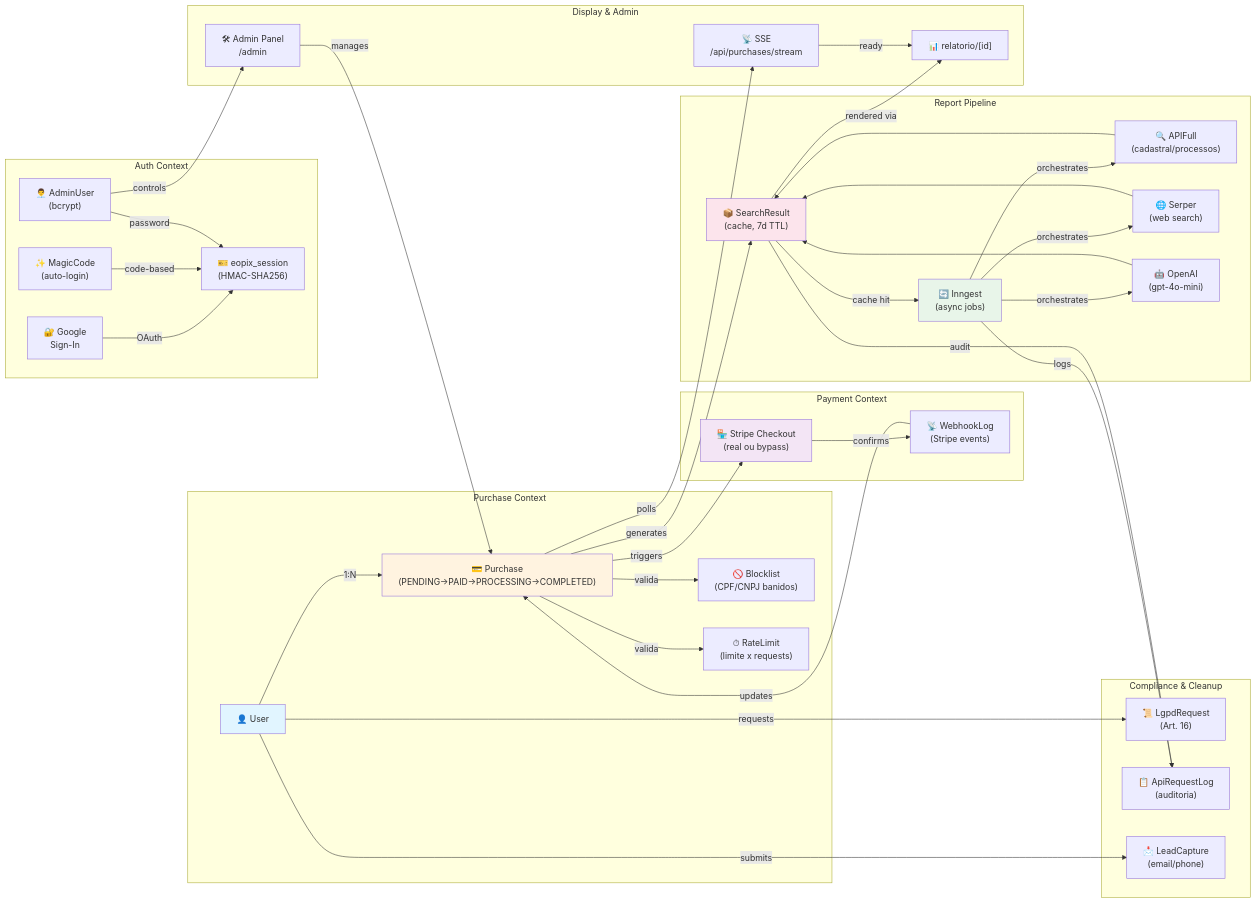
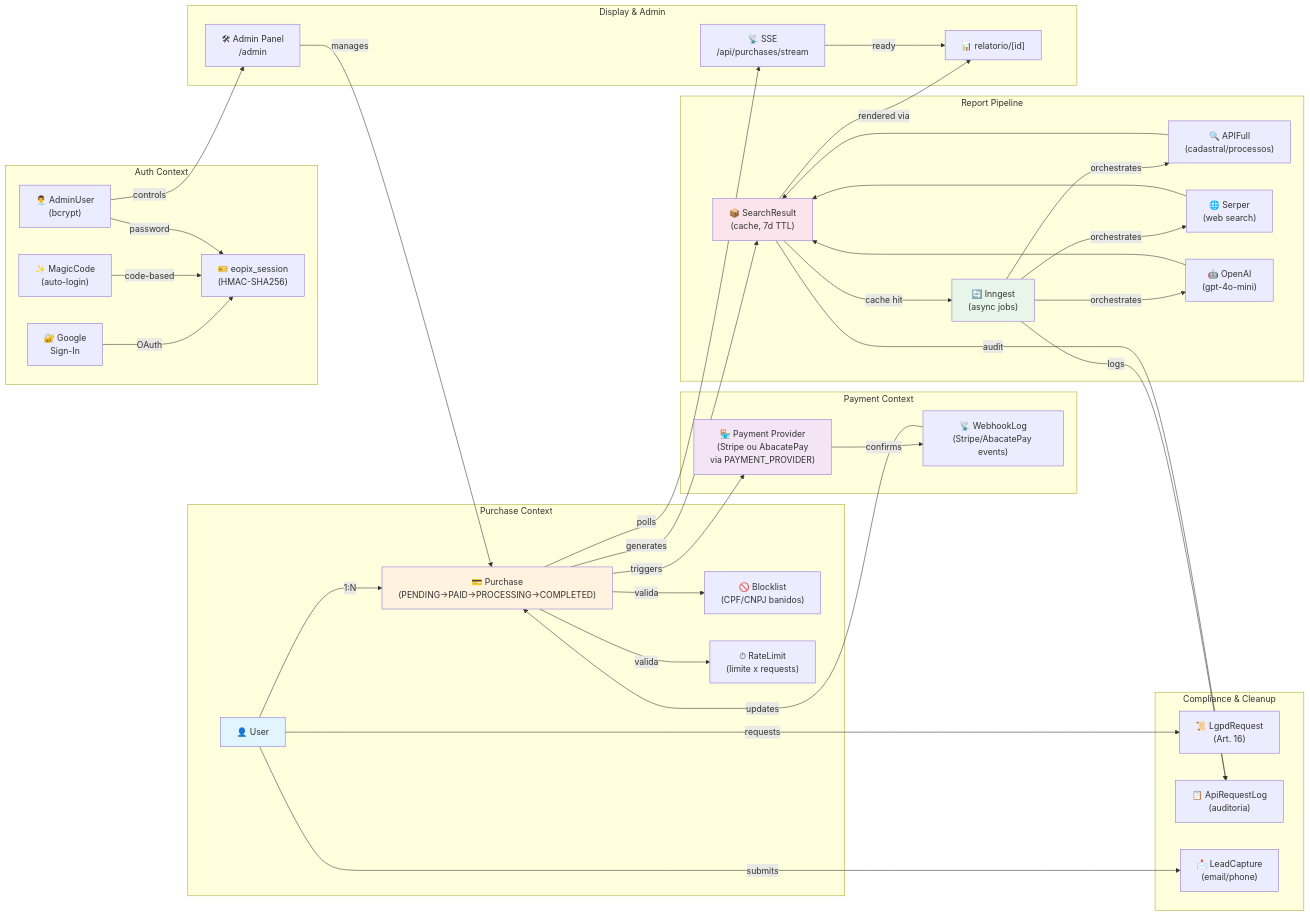
The second of 3 diagrams in docs/architecture.md (dvluana/eopix), drawn with Mermaid before and after one commit. The commit also changed other lines of this file and 15 other files, not shown here.

First line of the commit message:
feat: add AbacatePay dual-mode payment provider (Stripe + AbacatePay)

````diff
--- a/docs/architecture.md
+++ b/docs/architecture.md
@@ -111,74 +111,74 @@
 ```mermaid
 graph LR
     subgraph "Purchase Context"
         U["👤 User"]
         P["💳 Purchase<br/>(PENDING→PAID→PROCESSING→COMPLETED)"]
         BL["🚫 Blocklist<br/>(CPF/CNPJ banidos)"]
         RL["⏱ RateLimit<br/>(limite x requests)"]
         U -->|1:N| P
         P -->|valida| BL
         P -->|valida| RL
     end
 
     subgraph "Payment Context"
-        SP["🏪 Stripe Checkout<br/>(real ou bypass)"]
-        WH["📡 WebhookLog<br/>(Stripe events)"]
+        SP["🏪 Payment Provider<br/>(Stripe ou AbacatePay<br/>via PAYMENT_PROVIDER)"]
+        WH["📡 WebhookLog<br/>(Stripe/AbacatePay events)"]
         P -->|triggers| SP
         SP -->|confirms| WH
         WH -->|updates| P
     end
 
     subgraph "Report Pipeline"
         I["🔄 Inngest<br/>(async jobs)"]
         SC["📦 SearchResult<br/>(cache, 7d TTL)"]
         AF["🔍 APIFull<br/>(cadastral/processos)"]
         SRP["🌐 Serper<br/>(web search)"]
         OA["🤖 OpenAI<br/>(gpt-4o-mini)"]
         I -->|orchestrates| AF
         I -->|orchestrates| SRP
         I -->|orchestrates| OA
         AF --> SC
         SRP --> SC
         OA --> SC
         SC -->|cache hit| I
     end
 
     subgraph "Auth Context"
         G["🔐 Google<br/>Sign-In"]
         JWT["🎫 eopix_session<br/>(HMAC-SHA256)"]
         MC["✨ MagicCode<br/>(auto-login)"]
         AU["👨‍💼 AdminUser<br/>(bcrypt)"]
         G -->|OAuth| JWT
         MC -->|code-based| JWT
         AU -->|password| JWT
     end
 
     subgraph "Display & Admin"
         SSE["📡 SSE<br/>/api/purchases/stream"]
         RLG["📊 relatorio/[id]"]
         ADM["🛠 Admin Panel<br/>/admin"]
         P -->|polls| SSE
         SSE -->|ready| RLG
         AU -->|controls| ADM
         ADM -->|manages| P
     end
 
     subgraph "Compliance & Cleanup"
         LGPD["📜 LgpdRequest<br/>(Art. 16)"]
         ARG["📋 ApiRequestLog<br/>(auditoria)"]
         LC["📩 LeadCapture<br/>(email/phone)"]
         U -->|requests| LGPD
         I -->|logs| ARG
         U -->|submits| LC
     end
 
     P -->|generates| SC
     SC -->|rendered via| RLG
     SC -->|audit| ARG
 
     style U fill:#e1f5ff
     style P fill:#fff3e0
     style SP fill:#f3e5f5
     style I fill:#e8f5e9
     style SC fill:#fce4ec
 ```
````
